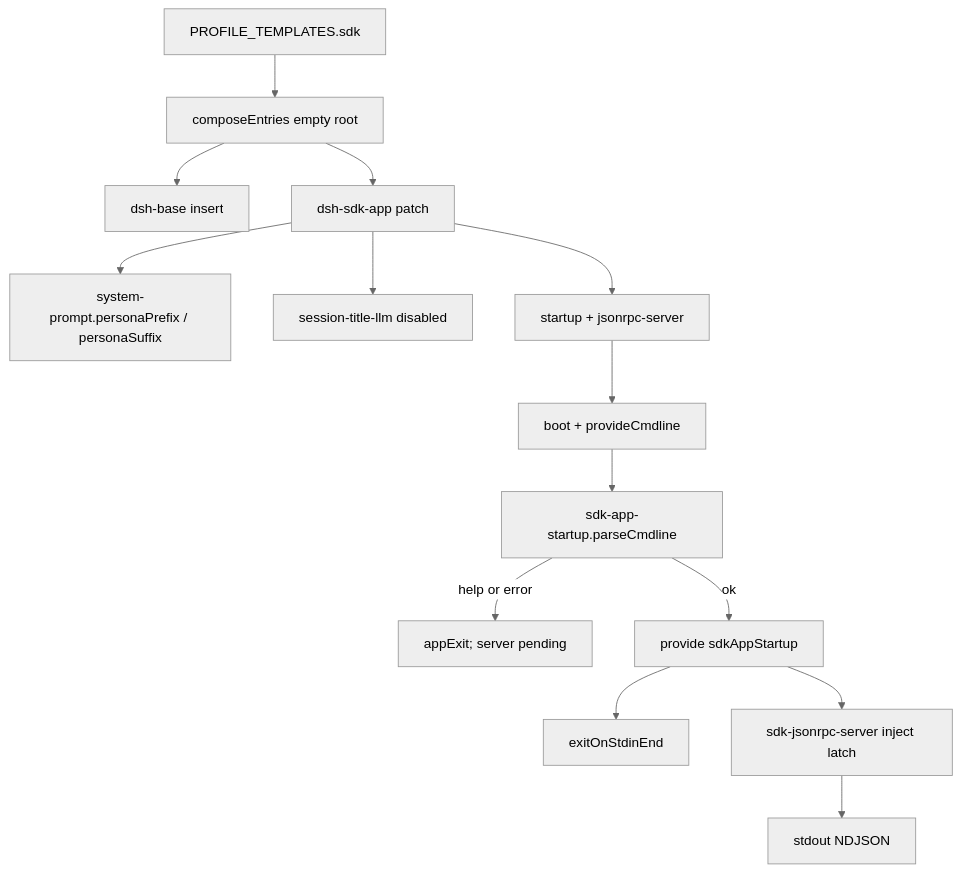
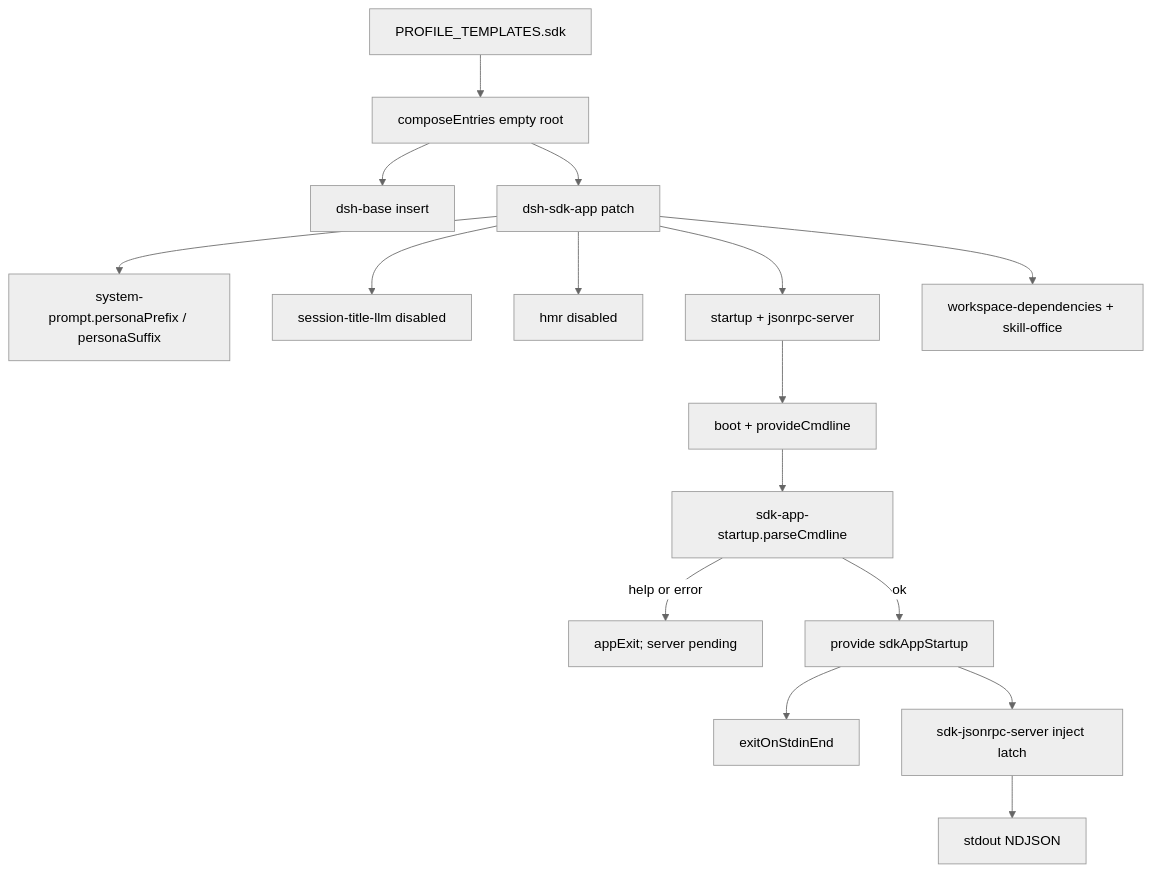
One commit to wdnmdtonyma/SOTA-Agent-LLM-Wiki changed the diagram in docs/llm-wiki/deepseek-harness/subsystems/composition/bundle-sdk-app.md. Above: the diagram before and after it, drawn with Mermaid (neutral theme). The commit also changed other lines of this file and 237 other files, not shown here.

````diff
--- a/docs/llm-wiki/deepseek-harness/subsystems/composition/bundle-sdk-app.md
+++ b/docs/llm-wiki/deepseek-harness/subsystems/composition/bundle-sdk-app.md
@@ -92,16 +96,18 @@
 ```mermaid
 flowchart TD
   tmpl["PROFILE_TEMPLATES.sdk"] --> compose["composeEntries empty root"]
   compose --> base["dsh-base insert"]
   compose --> overlay["dsh-sdk-app patch"]
   overlay --> persona["system-prompt.personaPrefix / personaSuffix"]
   overlay --> titleOff["session-title-llm disabled"]
+  overlay --> hmrOff["hmr disabled"]
   overlay --> insert2["startup + jsonrpc-server"]
+  overlay --> deps["workspace-dependencies + skill-office"]
   insert2 --> boot["boot + provideCmdline"]
   boot --> parse["sdk-app-startup.parseCmdline"]
   parse -->|help or error| early["appExit; server pending"]
   parse -->|ok| provide["provide sdkAppStartup"]
   provide --> eof["exitOnStdinEnd"]
   provide --> server["sdk-jsonrpc-server inject latch"]
   server --> frames["stdout NDJSON"]
 ```
````
